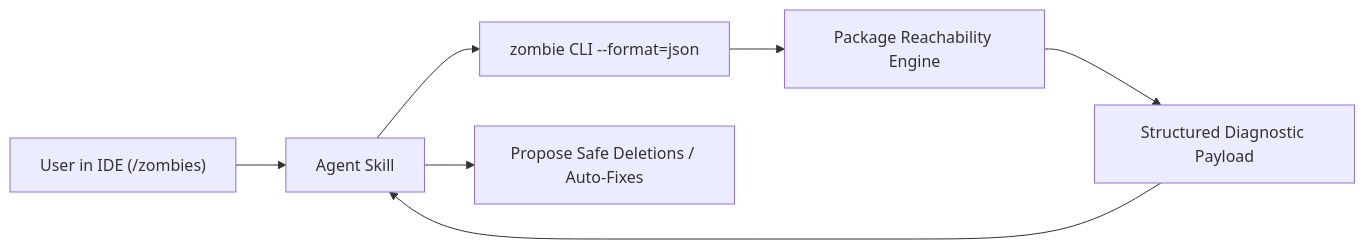
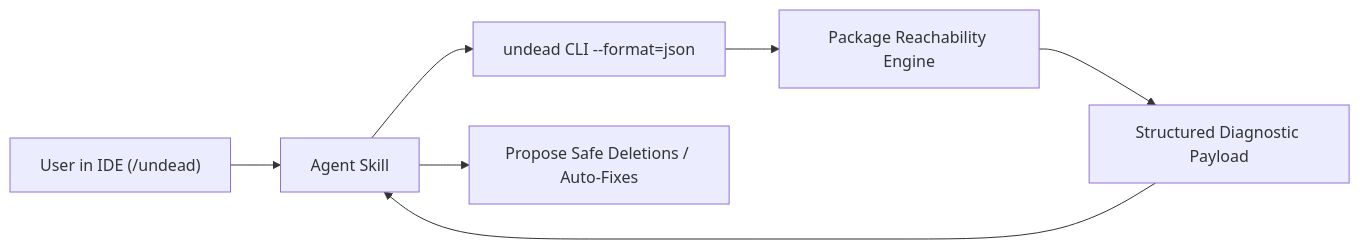
The diagram in packages/undead/doc/prd.md (kevmoo/analytica.dart), drawn with Mermaid before and after one commit. The commit also changed other lines of this file and 6 other files, not shown here.

````diff
--- a/packages/undead/doc/prd.md
+++ b/packages/undead/doc/prd.md
@@ -22,9 +22,11 @@
 ```mermaid
 flowchart LR
-    User["User in IDE (/zombies)"] --> Agent["Agent Skill"]
-    Agent --> CLI["zombie CLI --format=json"]
-    CLI --> Engine["Package Reachability Engine"]
-    Engine --> Output["Structured Diagnostic Payload"]
+    User["User in IDE (/undead)"] --> Agent["Agent Skill"]
+    Agent --> CLI["undead CLI --format=json"]
+    Engine["Package Reachability Engine"]
+    Output["Structured Diagnostic Payload"]
+    CLI --> Engine
+    Engine --> Output
     Output --> Agent
     Agent --> Actions["Propose Safe Deletions / Auto-Fixes"]
 ```
````
